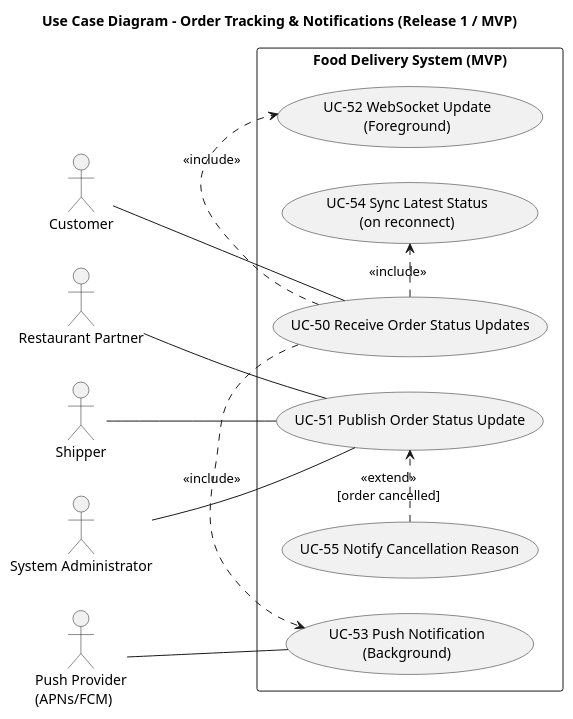
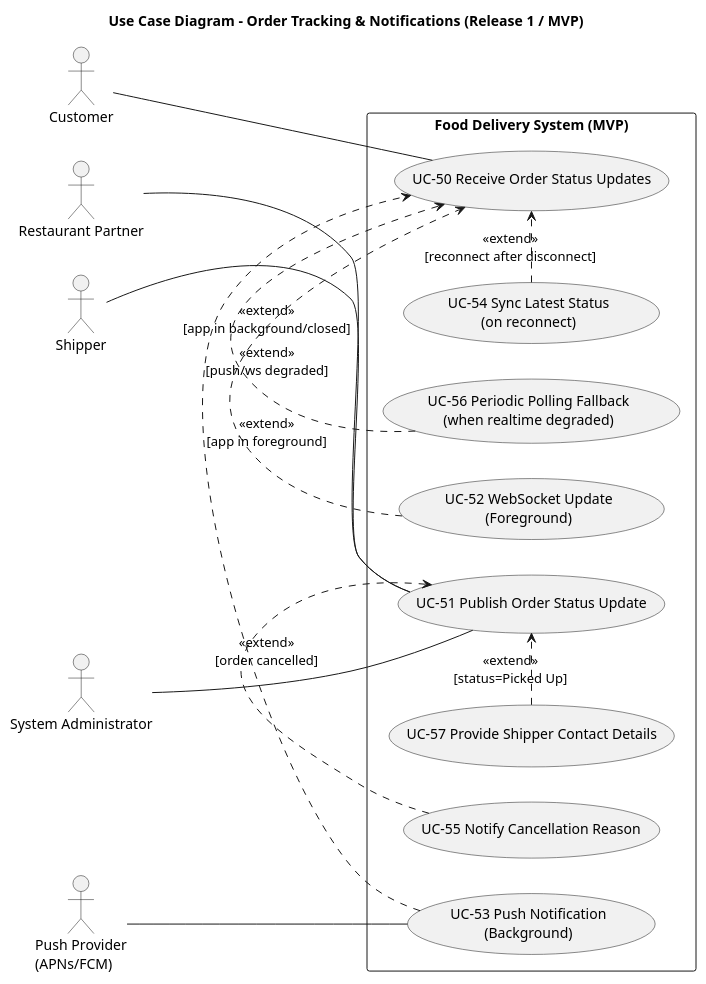
The diagram in Documents/usecase-diagrams/06-tracking-notifications.puml (luubinhdeptrai/Architecture-FoodDelivery), drawn with PlantUML before and after one commit. The commit also changed 3 other files, not shown here.

```diff
--- a/Documents/usecase-diagrams/06-tracking-notifications.puml
+++ b/Documents/usecase-diagrams/06-tracking-notifications.puml
@@ -1,35 +1,41 @@
-@startuml
+@startuml tracking-notifications
 title Use Case Diagram - Order Tracking & Notifications (Release 1 / MVP)
 
 left to right direction
 skinparam packageStyle rectangle
 skinparam shadowing false
 
 actor "Customer" as A_Customer
 actor "Restaurant Partner" as A_Restaurant
 actor "Shipper" as A_Shipper
 actor "System Administrator" as A_Admin
 actor "Push Provider\n(APNs/FCM)" as A_Push
 
 rectangle "Food Delivery System (MVP)" as SYS {
   usecase "UC-50 Receive Order Status Updates" as UC50
   usecase "UC-51 Publish Order Status Update" as UC51
 
   usecase "UC-52 WebSocket Update\n(Foreground)" as UC52
   usecase "UC-53 Push Notification\n(Background)" as UC53
   usecase "UC-54 Sync Latest Status\n(on reconnect)" as UC54
   usecase "UC-55 Notify Cancellation Reason" as UC55
+
+  usecase "UC-56 Periodic Polling Fallback\n(when realtime degraded)" as UC56
+  usecase "UC-57 Provide Shipper Contact Details" as UC57
 }
 
 A_Customer -- UC50
 A_Restaurant -- UC51
 A_Shipper -- UC51
 A_Admin -- UC51
 A_Push -- UC53
 
-UC50 .> UC52 : <<include>>
-UC50 .> UC53 : <<include>>
-UC50 .> UC54 : <<include>>
+UC52 .> UC50 : <<extend>>\n[app in foreground]
+UC53 .> UC50 : <<extend>>\n[app in background/closed]
+UC54 .> UC50 : <<extend>>\n[reconnect after disconnect]
+UC56 .> UC50 : <<extend>>\n[push/ws degraded]
+
+UC57 .> UC51 : <<extend>>\n[status=Picked Up]
 UC55 .> UC51 : <<extend>>\n[order cancelled]
 
 @enduml
```
